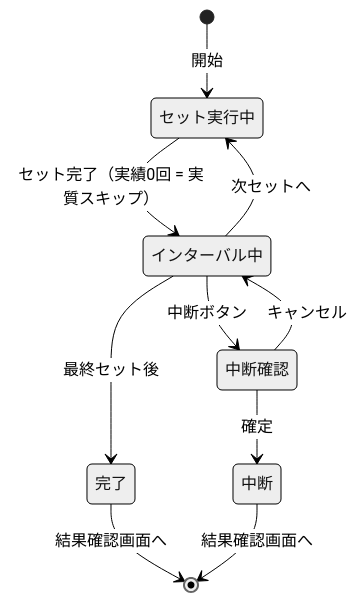
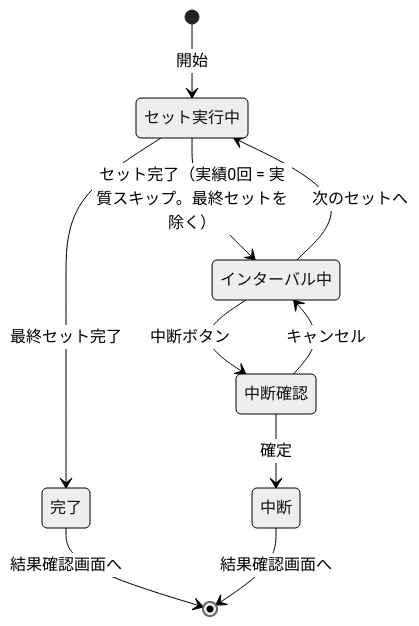
Before and after one commit to umi-kappa/peak-rm: the second of 2 diagrams in docs/spec.md, drawn with Mermaid (neutral theme). The commit also changed other lines of this file, not shown here.

Commit message:
docs: #75 spec.md の画面遷移図を最終セット完了→結果確認直行に修正する
本文 §5・#36・useSession の実装はいずれも「最終セット完了で結果確認へ
直行（インターバルを挟まない）」で確定しているが、画面全体フローと
内部状態図の 2 つの mermaid だけが最終セットもインターバル経由と
描いていたため一致させる。あわせて「次セットへ」の表記揺れを
「次のセットへ」に統一する。

Claude-Session: https://claude.ai/code/session_015CKvGX65bjMHufawQ4cnrX

````diff
--- a/docs/spec.md
+++ b/docs/spec.md
@@ -333,13 +333,13 @@
 ```mermaid
 stateDiagram-v2
     direction TB
     [*] --> セット実行中: 開始
-    セット実行中 --> インターバル中: セット完了（実績0回 = 実質スキップ）
-    インターバル中 --> セット実行中: 次セットへ
-    インターバル中 --> 完了: 最終セット後
+    セット実行中 --> インターバル中: セット完了（実績0回 = 実質スキップ。最終セットを除く）
+    セット実行中 --> 完了: 最終セット完了
+    インターバル中 --> セット実行中: 次のセットへ
     インターバル中 --> 中断確認: 中断ボタン
     中断確認 --> 中断: 確定
     中断確認 --> インターバル中: キャンセル
     完了 --> [*]: 結果確認画面へ
     中断 --> [*]: 結果確認画面へ
 ```
````
